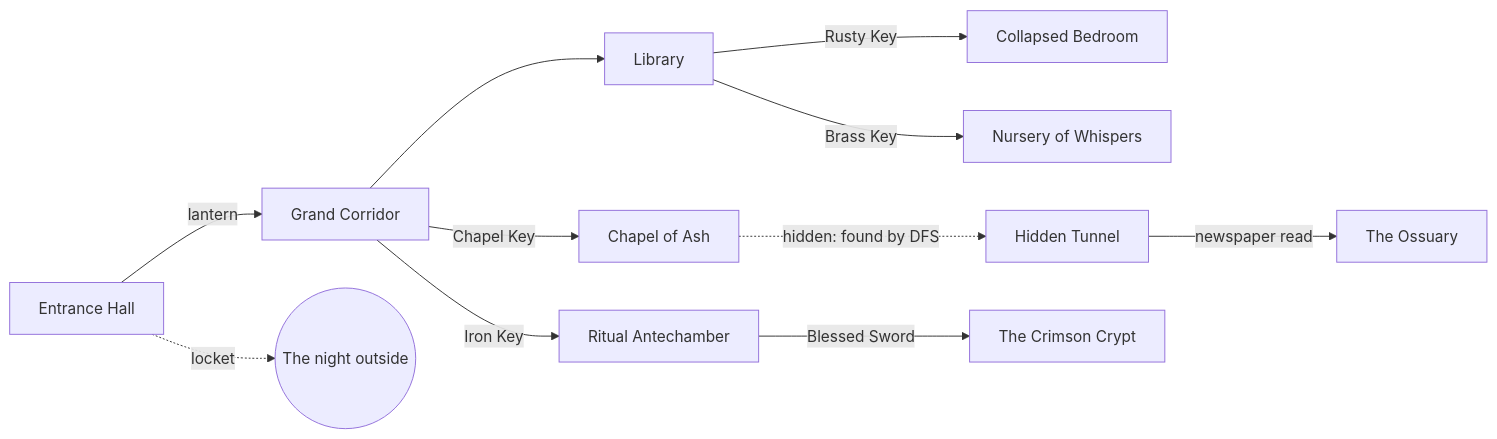
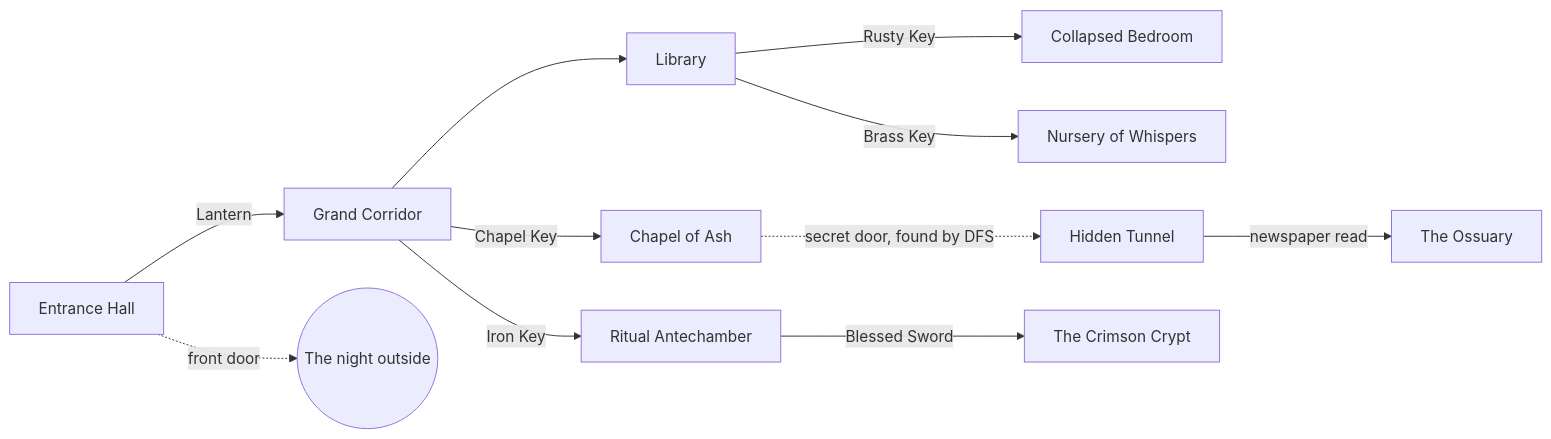
The first of 2 diagrams in README.md (nishik2811-cell/THE-CRIMSON-SLEEP), drawn with Mermaid before and after one commit. The commit also changed other lines of this file and 9 other files, not shown here.

Commit message:
Heavier Devil fight with blade glint and a second phase, blood drops under the hero, no water in the Hidden Tunnel, new README

````diff
--- a/README.md
+++ b/README.md
@@ -227,13 +99,13 @@
 ```mermaid
 graph LR
-    Hall[Entrance Hall] -- lantern --> Corridor[Grand Corridor]
-    Hall -. locket .-> Outside((The night outside))
+    Hall[Entrance Hall] -- Lantern --> Corridor[Grand Corridor]
+    Hall -. front door .-> Outside((The night outside))
     Corridor --> Library
     Library -- Rusty Key --> Bedroom[Collapsed Bedroom]
     Library -- Brass Key --> Nursery[Nursery of Whispers]
     Corridor -- Chapel Key --> Chapel[Chapel of Ash]
-    Chapel -. hidden: found by DFS .-> Tunnel[Hidden Tunnel]
+    Chapel -. secret door, found by DFS .-> Tunnel[Hidden Tunnel]
     Tunnel -- newspaper read --> Ossuary[The Ossuary]
     Corridor -- Iron Key --> Ante[Ritual Antechamber]
     Ante -- Blessed Sword --> Crypt[The Crimson Crypt]
 ```
````
